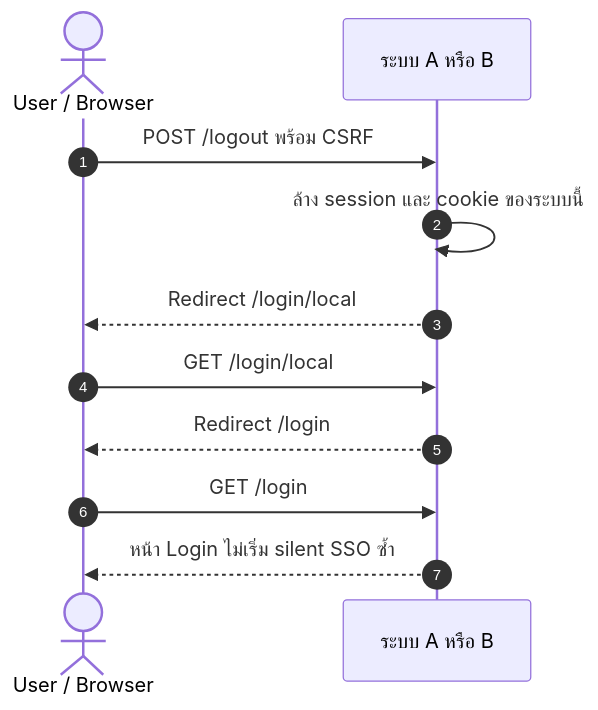
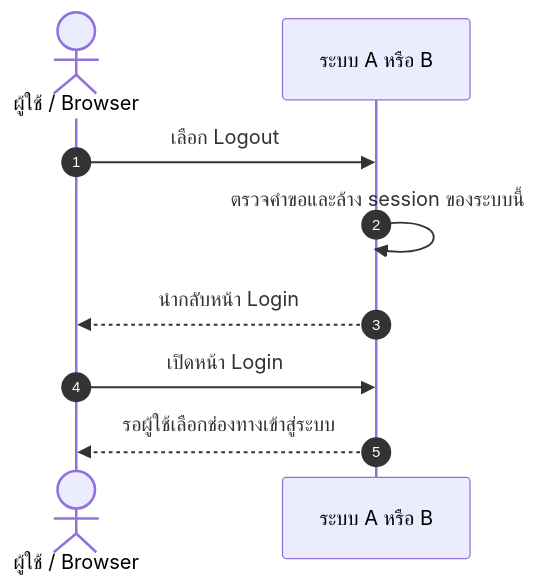
One commit to Sin1apachai/poc_sso changed diagram 15 of 22 in docs/flows/LOGIN-AND-SESSION.md. Above: the diagram before and after it, drawn with Mermaid. The commit also changed other lines of this file and 69 other files, not shown here.

````diff
--- a/docs/flows/LOGIN-AND-SESSION.md
+++ b/docs/flows/LOGIN-AND-SESSION.md
@@ -366,13 +383,11 @@
 ```mermaid
 sequenceDiagram
     autonumber
-actor U as User / Browser
+    actor U as ผู้ใช้ / Browser
     participant A as ระบบ A หรือ B
-    U->>A: POST /logout พร้อม CSRF
-    A->>A: ล้าง session และ cookie ของระบบนี้
-    A-->>U: Redirect /login/local
-    U->>A: GET /login/local
-    A-->>U: Redirect /login
-    U->>A: GET /login
-    A-->>U: หน้า Login ไม่เริ่ม silent SSO ซ้ำ
+    U->>A: เลือก Logout
+    A->>A: ตรวจคำขอและล้าง session ของระบบนี้
+    A-->>U: นำกลับหน้า Login
+    U->>A: เปิดหน้า Login
+    A-->>U: รอผู้ใช้เลือกช่องทางเข้าสู่ระบบ
 ```
````
